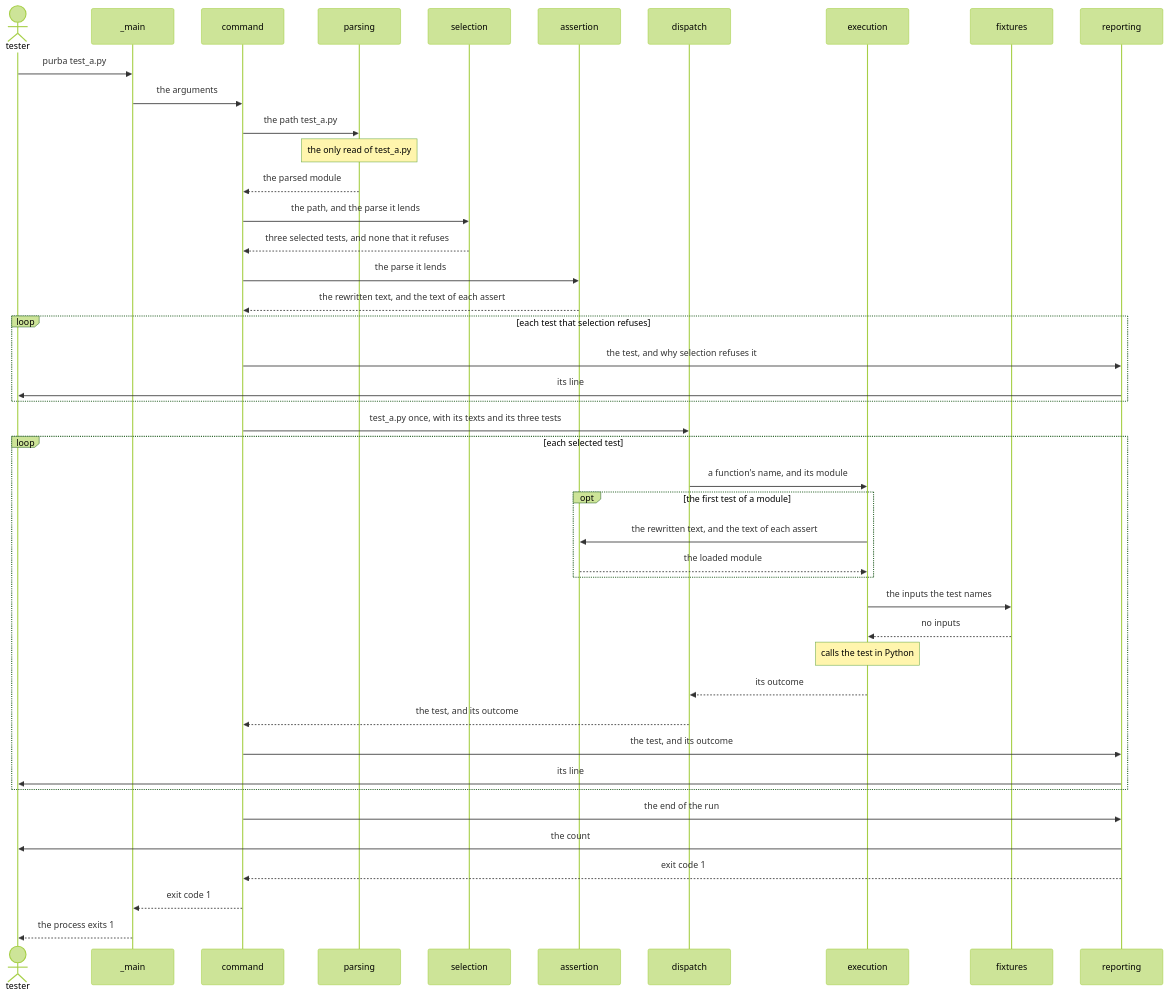
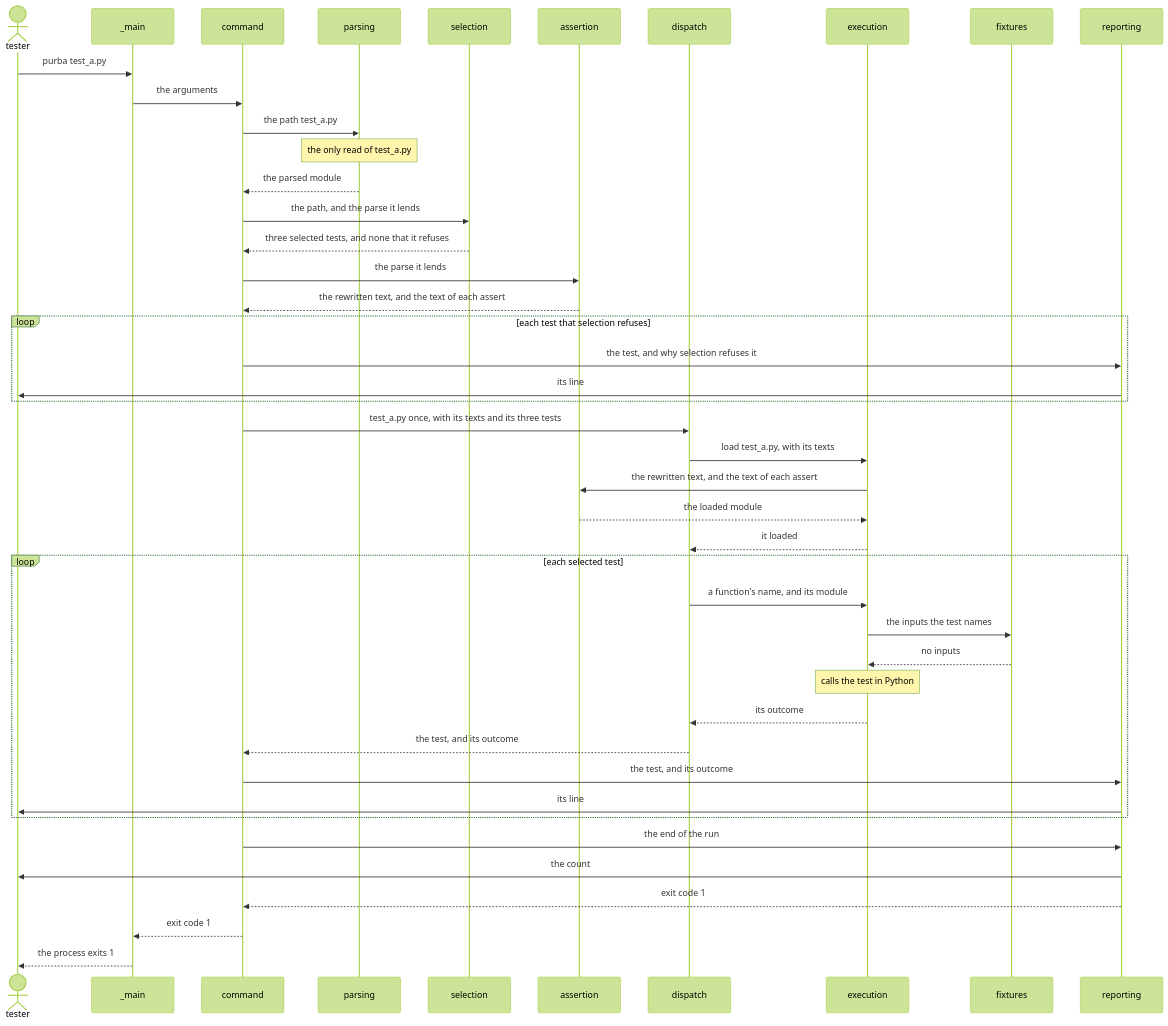
The third of 3 diagrams in LANDSCAPE.md (kalonji-tools/purba), drawn with Mermaid (forest theme) before and after one commit. The commit also changed other lines of this file and 18 other files, not shown here.

First line of the commit message:
feat: print the error of a module that did not load once (#681)

````diff
--- a/LANDSCAPE.md
+++ b/LANDSCAPE.md
@@ -84,46 +84,46 @@
 ```mermaid
 sequenceDiagram
   actor tester
   participant main as _main
   participant command
   participant parsing
   participant selection
   participant assertion
   participant dispatch
   participant execution
   participant fixtures
   participant reporting
   tester ->> main: purba test_a.py
   main ->> command: the arguments
   command ->> parsing: the path test_a.py
   Note over parsing: the only read of test_a.py
   parsing -->> command: the parsed module
   command ->> selection: the path, and the parse it lends
   selection -->> command: three selected tests, and none that it refuses
   command ->> assertion: the parse it lends
   assertion -->> command: the rewritten text, and the text of each assert
   loop each test that selection refuses
     command ->> reporting: the test, and why selection refuses it
     reporting ->> tester: its line
   end
   command ->> dispatch: test_a.py once, with its texts and its three tests
+  dispatch ->> execution: load test_a.py, with its texts
+  execution ->> assertion: the rewritten text, and the text of each assert
+  assertion -->> execution: the loaded module
+  execution -->> dispatch: it loaded
   loop each selected test
     dispatch ->> execution: a function's name, and its module
-    opt the first test of a module
-      execution ->> assertion: the rewritten text, and the text of each assert
-      assertion -->> execution: the loaded module
-    end
     execution ->> fixtures: the inputs the test names
     fixtures -->> execution: no inputs
     Note over execution: calls the test in Python
     execution -->> dispatch: its outcome
     dispatch -->> command: the test, and its outcome
     command ->> reporting: the test, and its outcome
     reporting ->> tester: its line
   end
   command ->> reporting: the end of the run
   reporting ->> tester: the count
   reporting -->> command: exit code 1
   command -->> main: exit code 1
   main -->> tester: the process exits 1
 ```
````
